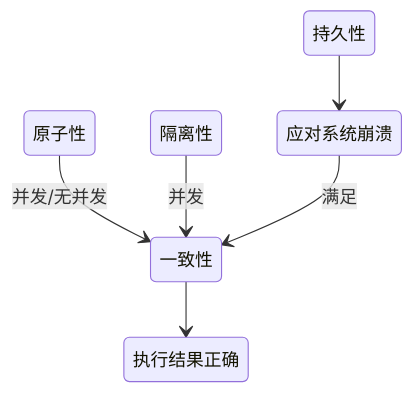
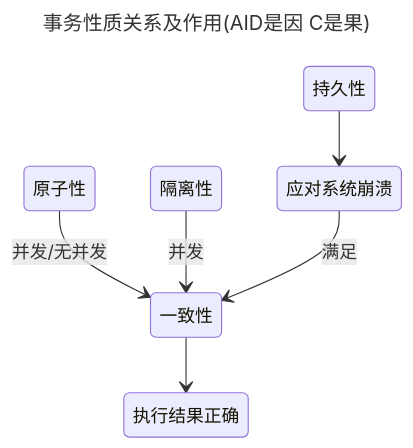
One commit to 0xcaffebabe/note changed the second of 12 diagrams in doc/中间件/数据库/数据库系统/事务管理/事务.md. Above: the diagram before and after it, drawn with Mermaid. The commit also changed other lines of this file and 19 other files, not shown here.

````diff
--- a/doc/中间件/数据库/数据库系统/事务管理/事务.md
+++ b/doc/中间件/数据库/数据库系统/事务管理/事务.md
@@ -50,8 +46,11 @@
 ```mermaid
+---
+title: 事务性质关系及作用(AID是因 C是果)
+---
 stateDiagram-v2
   原子性 --> 一致性: 并发/无并发
   隔离性 --> 一致性: 并发
   一致性 --> 执行结果正确
   持久性 --> 应对系统崩溃
   应对系统崩溃 --> 一致性: 满足
 ```
````
